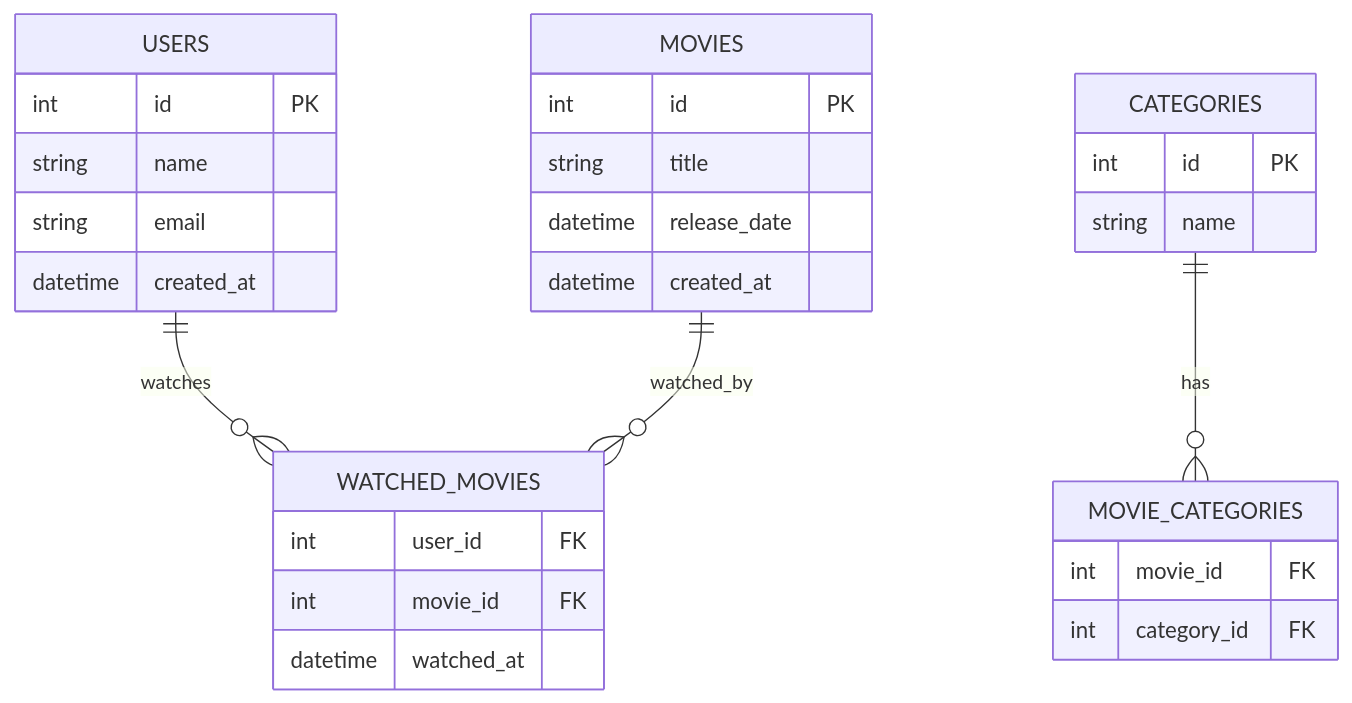
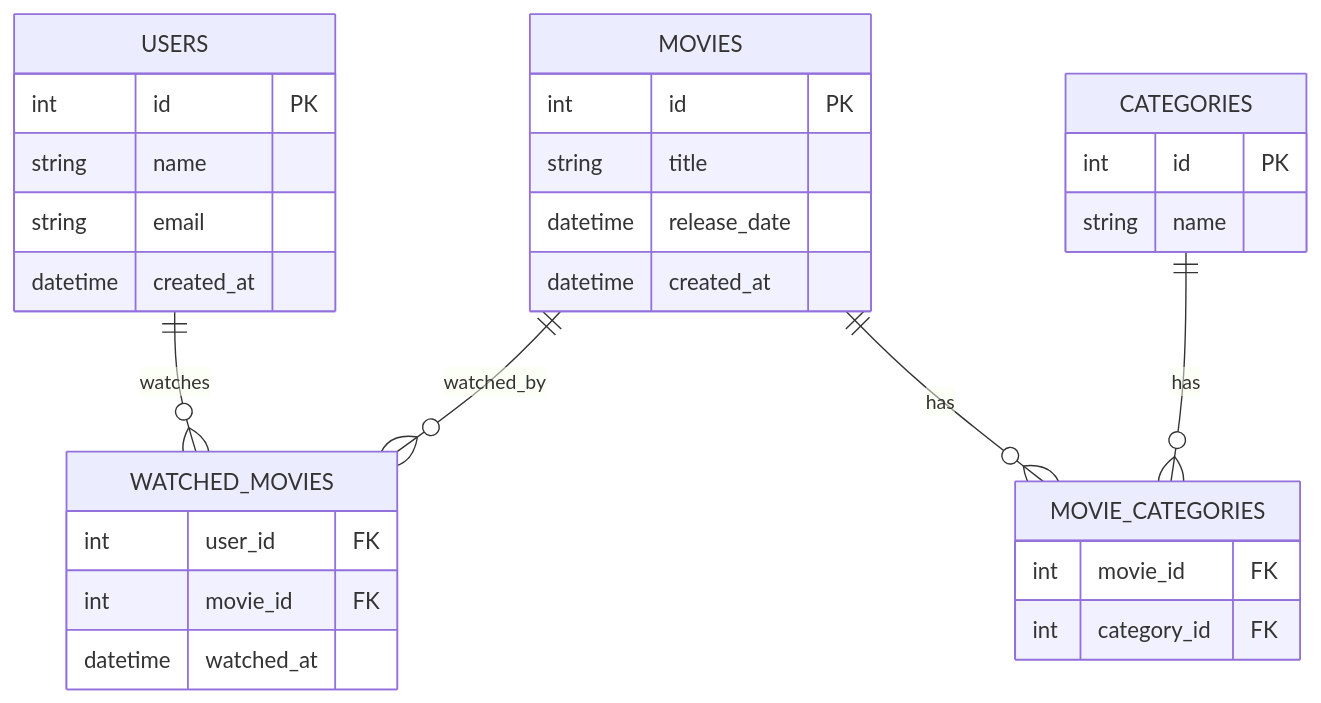
The diagram in README.MD (Andss-ye/MovieAPI), drawn with Mermaid before and after one commit.

````diff
--- a/README.MD
+++ b/README.MD
@@ -10,31 +10,32 @@
 ```mermaid
 erDiagram
     USERS ||--o{ WATCHED_MOVIES : watches
     USERS {
         int id PK
         string name
         string email
         datetime created_at
     }
     MOVIES ||--o{ WATCHED_MOVIES : watched_by
+    MOVIES ||--o{ MOVIE_CATEGORIES : has
     MOVIES {
         int id PK
         string title
         datetime release_date
         datetime created_at
     }
     CATEGORIES ||--o{ MOVIE_CATEGORIES : has
     CATEGORIES {
         int id PK
         string name
     }
     MOVIE_CATEGORIES {
         int movie_id FK
         int category_id FK
     }
     WATCHED_MOVIES {
         int user_id FK
         int movie_id FK
         datetime watched_at
     }
 ```
````
